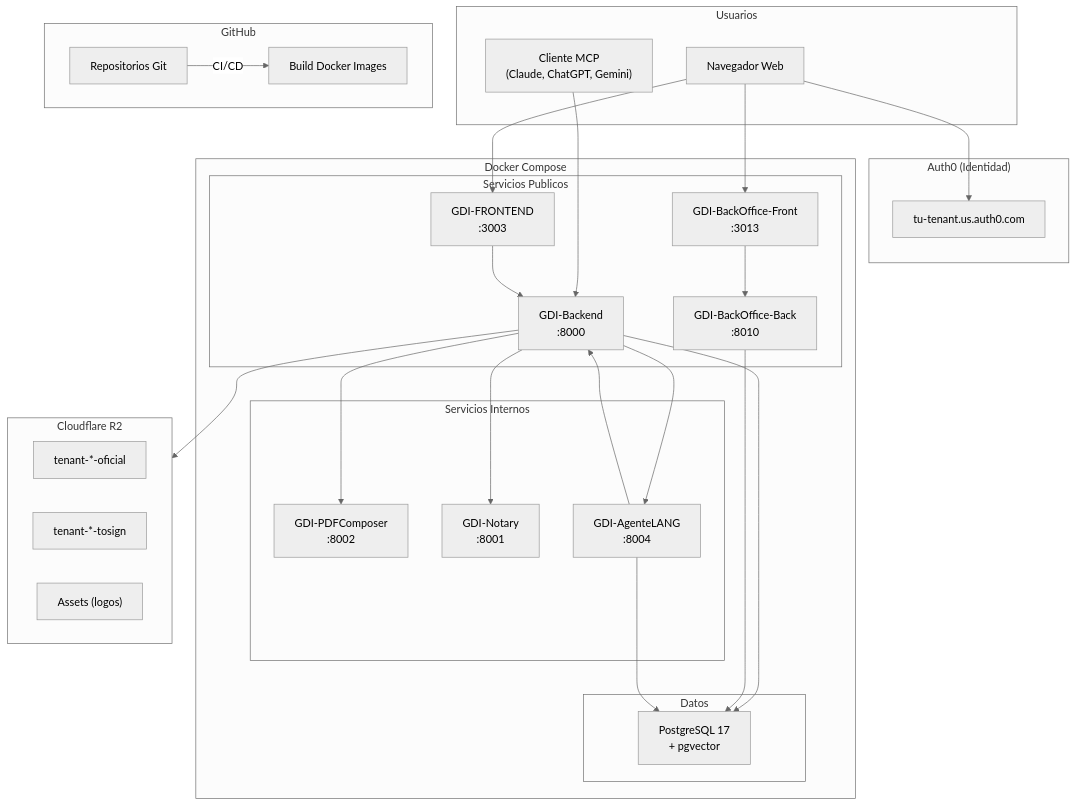
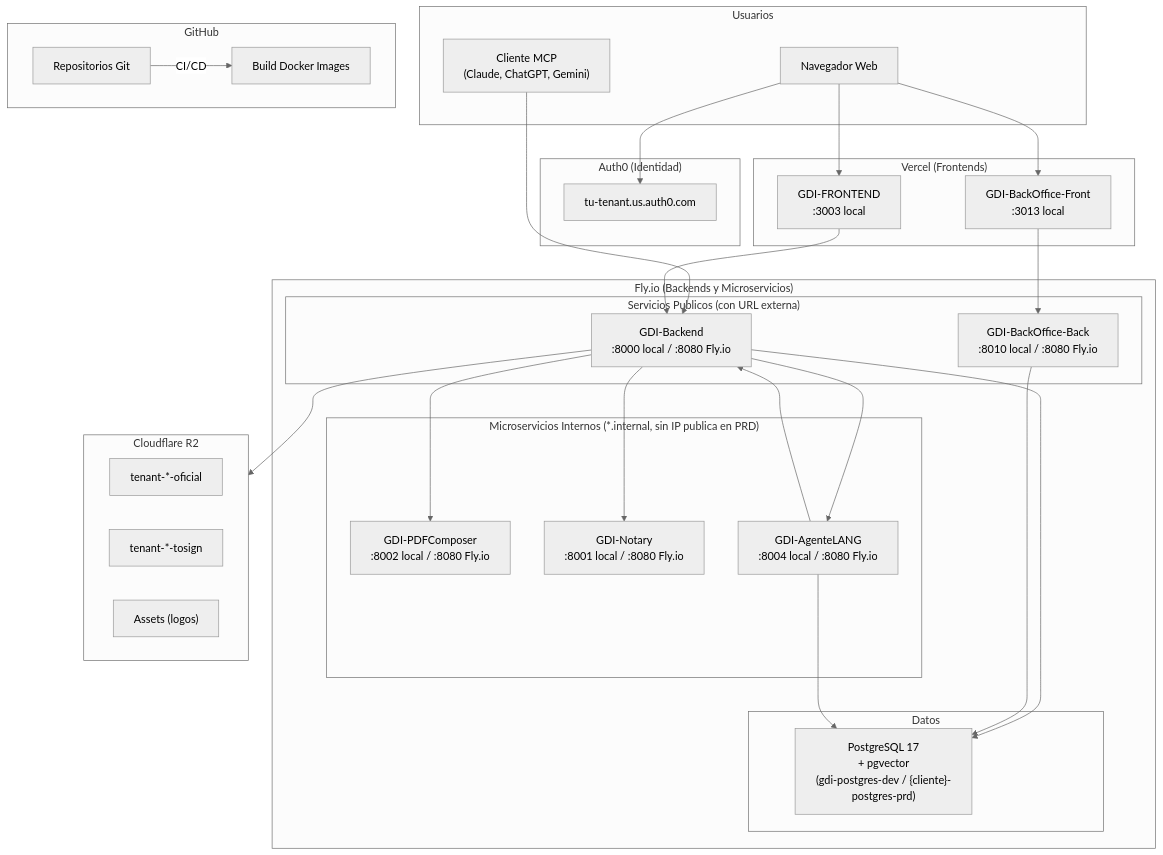
The diagram in docs/desarrollo/deploy/index.md (GDI-AGPLv3/GDI-Docs), drawn with Mermaid (neutral theme) before and after one commit. The commit also changed other lines of this file and 37 other files, not shown here.

````diff
--- a/docs/desarrollo/deploy/index.md
+++ b/docs/desarrollo/deploy/index.md
@@ -17,60 +18,63 @@
 ```mermaid
 graph TB
     subgraph Usuarios["Usuarios"]
         Browser["Navegador Web"]
         MCP_Client["Cliente MCP<br/>(Claude, ChatGPT, Gemini)"]
     end
 
     subgraph Auth0["Auth0 (Identidad)"]
         Auth0_Tenant["tu-tenant.us.auth0.com"]
     end
 
     subgraph GitHub["GitHub"]
         Repos["Repositorios Git"]
         Repos --> |CI/CD| Docker_Build["Build Docker Images"]
     end
 
-    subgraph Docker["Docker Compose"]
-        subgraph Publicos["Servicios Publicos"]
-            FE["GDI-FRONTEND<br/>:3003"]
-            BE["GDI-Backend<br/>:8000"]
-            BOFE["GDI-BackOffice-Front<br/>:3013"]
-            BOBE["GDI-BackOffice-Back<br/>:8010"]
+    subgraph Vercel["Vercel (Frontends)"]
+        FE["GDI-FRONTEND<br/>:3003 local"]
+        BOFE["GDI-BackOffice-Front<br/>:3013 local"]
+    end
+
+    subgraph FlyIO["Fly.io (Backends y Microservicios)"]
+        subgraph Publicos["Servicios Publicos (con URL externa)"]
+            BE["GDI-Backend<br/>:8000 local / :8080 Fly.io"]
+            BOBE["GDI-BackOffice-Back<br/>:8010 local / :8080 Fly.io"]
         end
 
-        subgraph Internos["Servicios Internos"]
-            PDF["GDI-PDFComposer<br/>:8002"]
-            NOT["GDI-Notary<br/>:8001"]
-            AGENT["GDI-AgenteLANG<br/>:8004"]
+        subgraph Internos["Microservicios Internos (*.internal, sin IP publica en PRD)"]
+            PDF["GDI-PDFComposer<br/>:8002 local / :8080 Fly.io"]
+            NOT["GDI-Notary<br/>:8001 local / :8080 Fly.io"]
+            AGENT["GDI-AgenteLANG<br/>:8004 local / :8080 Fly.io"]
         end
 
         subgraph Data["Datos"]
-            PG["PostgreSQL 17<br/>+ pgvector"]
+            PG["PostgreSQL 17<br/>+ pgvector<br/>(gdi-postgres-dev / {cliente}-postgres-prd)"]
         end
     end
 
     subgraph Cloudflare["Cloudflare R2"]
         Bucket_Oficial["tenant-*-oficial"]
         Bucket_ToSign["tenant-*-tosign"]
         Bucket_Assets["Assets (logos)"]
     end
 
     Browser --> Auth0_Tenant
     Browser --> FE
     Browser --> BOFE
     MCP_Client --> BE
 
     FE --> BE
     BOFE --> BOBE
 
     BE --> PDF
     BE --> NOT
     BE --> AGENT
     BE --> PG
     BE --> Cloudflare
 
     BOBE --> PG
 
     AGENT --> PG
     AGENT --> BE
 ```
````
